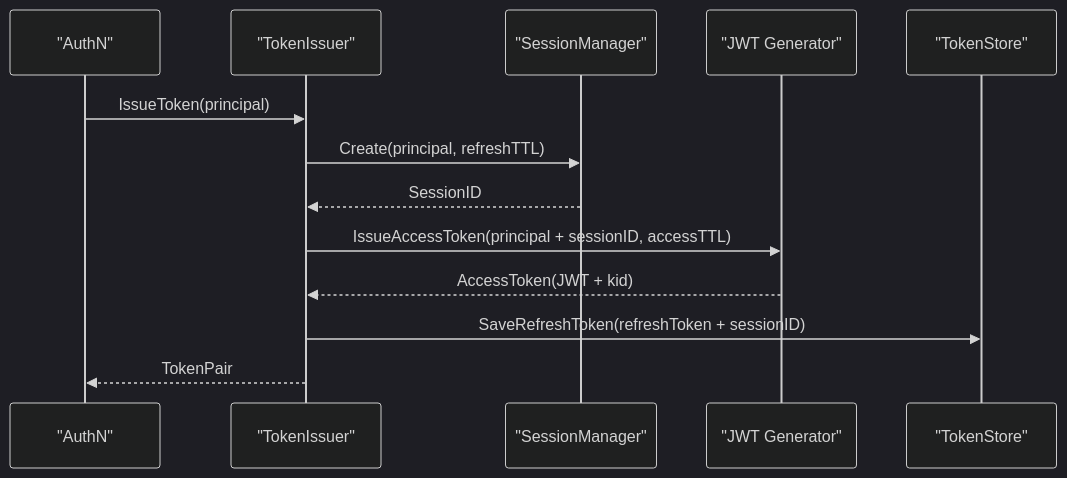
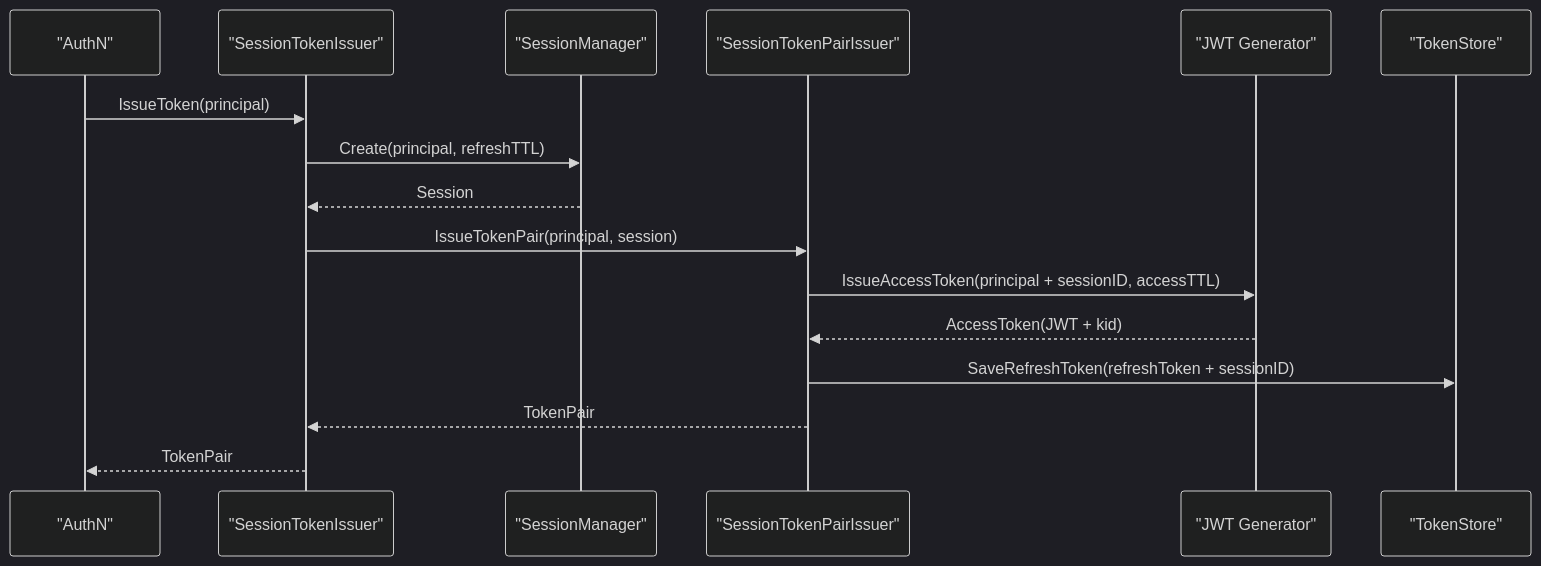
Before and after one commit to FangcunMount/iam: the first of 3 diagrams in docs/08-宣讲/07-JWKS与Token安全讲法.md, drawn with Mermaid (dark theme). The commit also changed other lines of this file and 18 other files, not shown here.

````diff
--- a/docs/08-宣讲/07-JWKS与Token安全讲法.md
+++ b/docs/08-宣讲/07-JWKS与Token安全讲法.md
@@ -78,16 +78,19 @@
 ```mermaid
 sequenceDiagram
     participant AuthN as "AuthN"
-    participant Issuer as "TokenIssuer"
+    participant SessionIssuer as "SessionTokenIssuer"
     participant Session as "SessionManager"
+    participant PairIssuer as "SessionTokenPairIssuer"
     participant JWT as "JWT Generator"
     participant Store as "TokenStore"
 
-    AuthN->>Issuer: IssueToken(principal)
-    Issuer->>Session: Create(principal, refreshTTL)
-    Session-->>Issuer: SessionID
-    Issuer->>JWT: IssueAccessToken(principal + sessionID, accessTTL)
-    JWT-->>Issuer: AccessToken(JWT + kid)
-    Issuer->>Store: SaveRefreshToken(refreshToken + sessionID)
-    Issuer-->>AuthN: TokenPair
+    AuthN->>SessionIssuer: IssueToken(principal)
+    SessionIssuer->>Session: Create(principal, refreshTTL)
+    Session-->>SessionIssuer: Session
+    SessionIssuer->>PairIssuer: IssueTokenPair(principal, session)
+    PairIssuer->>JWT: IssueAccessToken(principal + sessionID, accessTTL)
+    JWT-->>PairIssuer: AccessToken(JWT + kid)
+    PairIssuer->>Store: SaveRefreshToken(refreshToken + sessionID)
+    PairIssuer-->>SessionIssuer: TokenPair
+    SessionIssuer-->>AuthN: TokenPair
 ```
````
